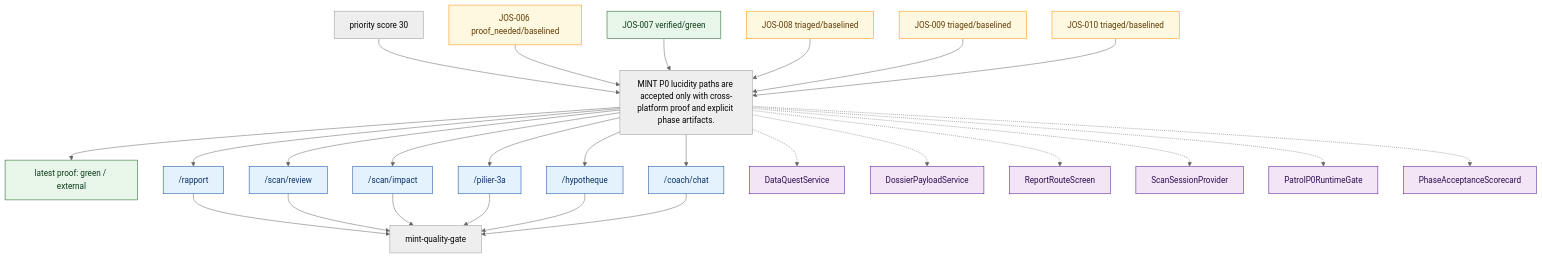
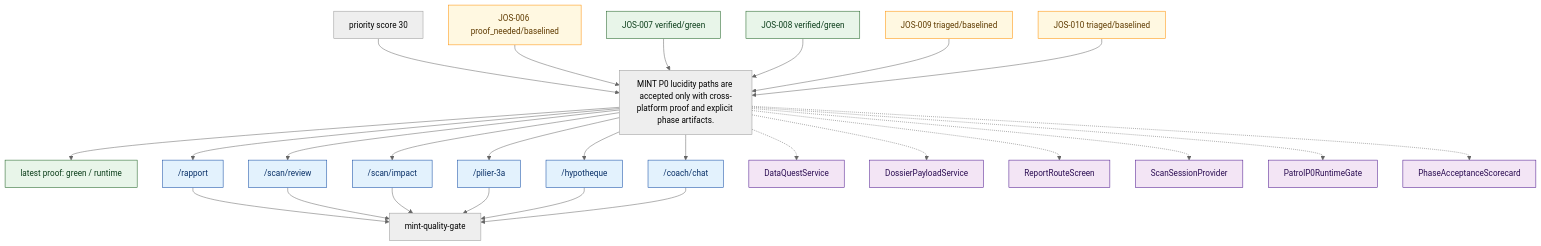
The diagram in .planning/journeys/diagrams/mint_lucidity_p0_acceptance.mmd (MINT-IA/MINT), drawn with Mermaid (neutral theme) before and after one commit. The commit also changed 12 other files, not shown here.

```diff
--- a/.planning/journeys/diagrams/mint_lucidity_p0_acceptance.mmd
+++ b/.planning/journeys/diagrams/mint_lucidity_p0_acceptance.mmd
@@ -1,74 +1,74 @@
 %% Generated from .planning/journeys/records/mint_lucidity_p0_acceptance.json
 flowchart TD
   promise["MINT P0 lucidity paths are accepted only with cross-platform proof and explicit phase artifacts."]
   team["mint-quality-gate"]
-  latest["latest proof: green / external"]
+  latest["latest proof: green / runtime"]
   promise --> latest
   classDef green fill:#e8f5e9,stroke:#1b5e20,color:#0b3d1a;
   classDef red fill:#ffebee,stroke:#b71c1c,color:#5f1111;
   classDef amber fill:#fff8e1,stroke:#ff8f00,color:#5f3b00;
   classDef blocked fill:#eceff1,stroke:#455a64,color:#263238;
   classDef neutral fill:#f5f5f5,stroke:#616161,color:#212121;
   classDef route fill:#e3f2fd,stroke:#0d47a1,color:#082f66;
   classDef surface fill:#f3e5f5,stroke:#4a148c,color:#2b0d52;
   classDef api fill:#e0f2f1,stroke:#00695c,color:#003d35;
   class latest green
   priority["priority score 30"]
   priority --> promise
   route_rapport["/rapport"]
   promise --> route_rapport
   route_rapport --> team
   class route_rapport route
   route_scan_review["/scan/review"]
   promise --> route_scan_review
   route_scan_review --> team
   class route_scan_review route
   route_scan_impact["/scan/impact"]
   promise --> route_scan_impact
   route_scan_impact --> team
   class route_scan_impact route
   route_pilier_3a["/pilier-3a"]
   promise --> route_pilier_3a
   route_pilier_3a --> team
   class route_pilier_3a route
   route_hypotheque["/hypotheque"]
   promise --> route_hypotheque
   route_hypotheque --> team
   class route_hypotheque route
   route_coach_chat["/coach/chat"]
   promise --> route_coach_chat
   route_coach_chat --> team
   class route_coach_chat route
   surface_DataQuestService["DataQuestService"]
   promise -.-> surface_DataQuestService
   class surface_DataQuestService surface
   surface_DossierPayloadService["DossierPayloadService"]
   promise -.-> surface_DossierPayloadService
   class surface_DossierPayloadService surface
   surface_ReportRouteScreen["ReportRouteScreen"]
   promise -.-> surface_ReportRouteScreen
   class surface_ReportRouteScreen surface
   surface_ScanSessionProvider["ScanSessionProvider"]
   promise -.-> surface_ScanSessionProvider
   class surface_ScanSessionProvider surface
   surface_PatrolP0RuntimeGate["PatrolP0RuntimeGate"]
   promise -.-> surface_PatrolP0RuntimeGate
   class surface_PatrolP0RuntimeGate surface
   surface_PhaseAcceptanceScorecard["PhaseAcceptanceScorecard"]
   promise -.-> surface_PhaseAcceptanceScorecard
   class surface_PhaseAcceptanceScorecard surface
   issue_JOS_006["JOS-006 proof_needed/baselined"]
   issue_JOS_006 --> promise
   class issue_JOS_006 amber
   issue_JOS_007["JOS-007 verified/green"]
   issue_JOS_007 --> promise
   class issue_JOS_007 green
-  issue_JOS_008["JOS-008 triaged/baselined"]
+  issue_JOS_008["JOS-008 verified/green"]
   issue_JOS_008 --> promise
-  class issue_JOS_008 amber
+  class issue_JOS_008 green
   issue_JOS_009["JOS-009 triaged/baselined"]
   issue_JOS_009 --> promise
   class issue_JOS_009 amber
   issue_JOS_010["JOS-010 triaged/baselined"]
   issue_JOS_010 --> promise
   class issue_JOS_010 amber
```
